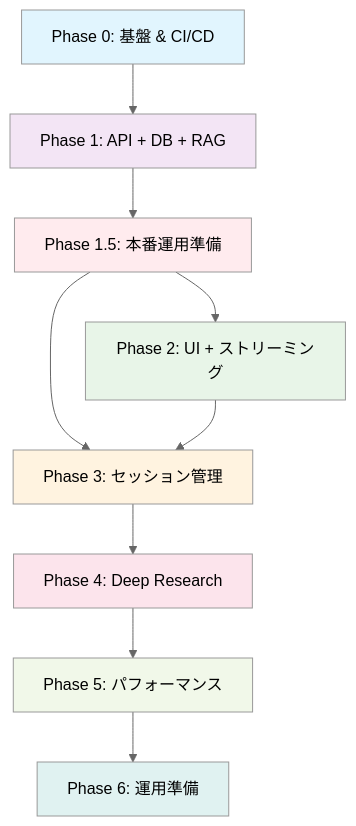
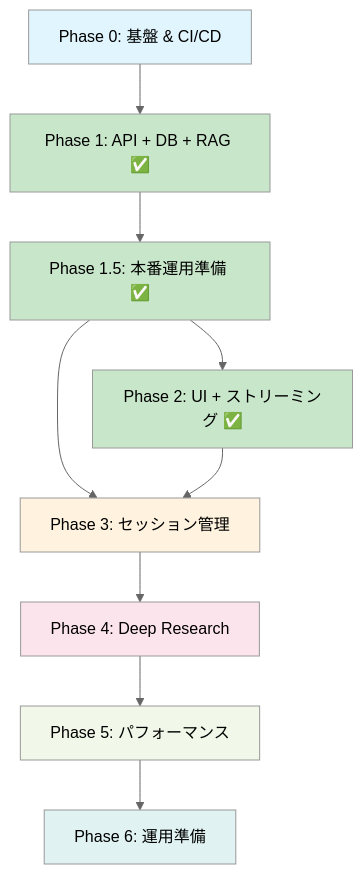
Before and after one commit to kenjishioya/llm-app-trial-with-ai-driven: the diagram in docs/roadmap.md, drawn with Mermaid (neutral theme). The commit also changed other lines of this file and 1 other file, not shown here.

Commit message:
docs: update roadmap to reflect Phase 1.5 and 2 completion

````diff
--- a/docs/roadmap.md
+++ b/docs/roadmap.md
@@ -394,20 +397,20 @@
 ```mermaid
 graph TD
-    P0[Phase 0: 基盤 & CI/CD] --> P1[Phase 1: API + DB + RAG]
-    P1 --> P1_5[Phase 1.5: 本番運用準備]
-    P1_5 --> P2[Phase 2: UI + ストリーミング]
+    P0[Phase 0: 基盤 & CI/CD] --> P1[Phase 1: API + DB + RAG ✅]
+    P1 --> P1_5[Phase 1.5: 本番運用準備 ✅]
+    P1_5 --> P2[Phase 2: UI + ストリーミング ✅]
     P1_5 --> P3[Phase 3: セッション管理]
     P2 --> P3
     P3 --> P4[Phase 4: Deep Research]
     P4 --> P5[Phase 5: パフォーマンス]
     P5 --> P6[Phase 6: 運用準備]
 
     style P0 fill:#e1f5fe
-    style P1 fill:#f3e5f5
-    style P1_5 fill:#ffebee
-    style P2 fill:#e8f5e8
+    style P1 fill:#c8e6c9
+    style P1_5 fill:#c8e6c9
+    style P2 fill:#c8e6c9
     style P3 fill:#fff3e0
     style P4 fill:#fce4ec
     style P5 fill:#f1f8e9
     style P6 fill:#e0f2f1
 ```
````
